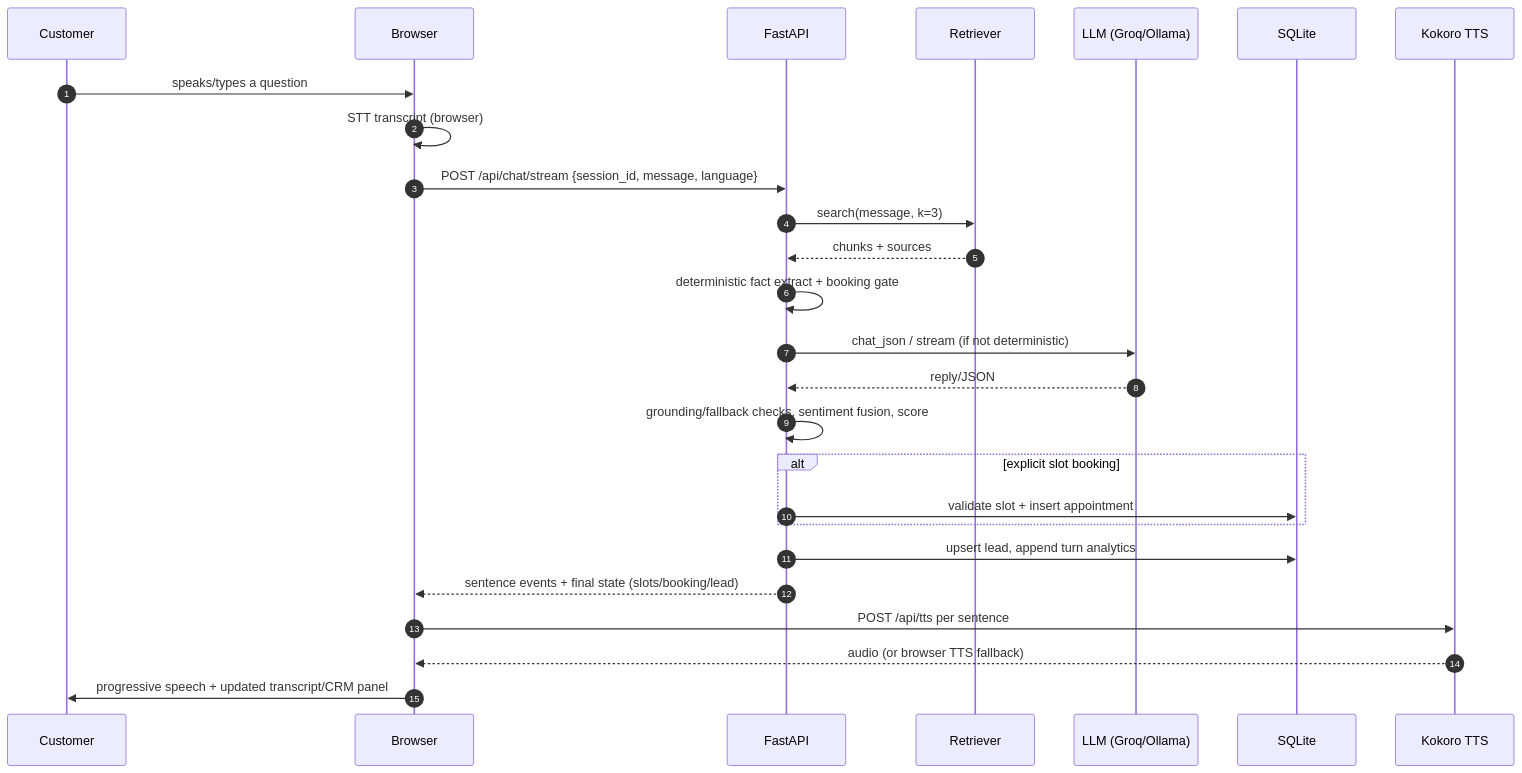
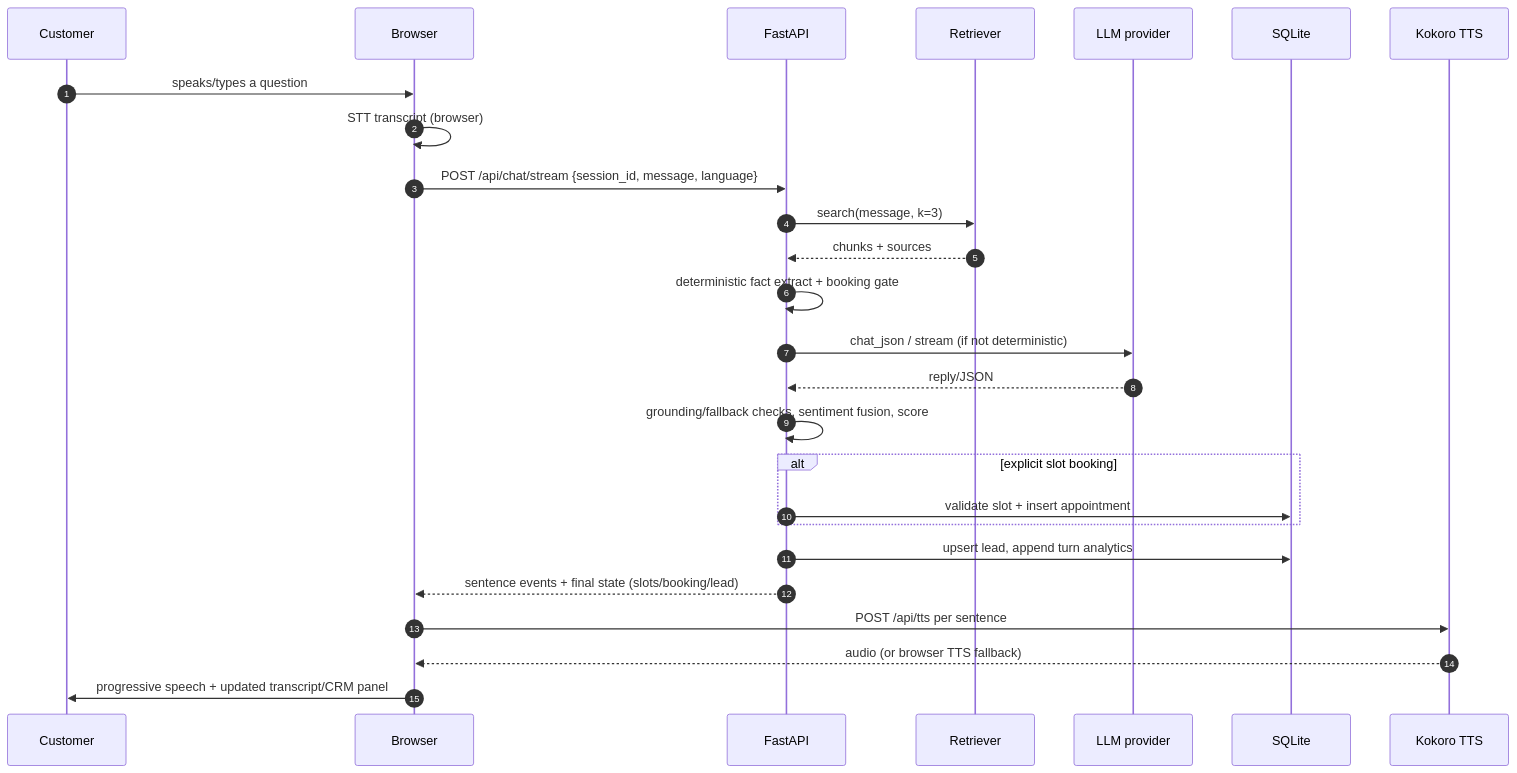
Before and after one commit to KoppisettiGnanaVishnu/Saathi-AI-SALES-VOICE-AGENT: the second of 4 diagrams in docs/architecture.md, drawn with Mermaid. The commit also changed other lines of this file, not shown here.

First line of the commit message:
docs(architecture): fix Mermaid syntax and update chunk count

````diff
--- a/docs/architecture.md
+++ b/docs/architecture.md
@@ -65,29 +65,29 @@
 ```mermaid
 sequenceDiagram
     autonumber
     participant U as Customer
     participant B as Browser
     participant A as FastAPI
     participant R as Retriever
-    participant L as LLM (Groq/Ollama)
+    participant L as LLM provider
     participant D as SQLite
     participant T as Kokoro TTS
 
     U->>B: speaks/types a question
     B->>B: STT transcript (browser)
     B->>A: POST /api/chat/stream {session_id, message, language}
     A->>R: search(message, k=3)
     R-->>A: chunks + sources
     A->>A: deterministic fact extract + booking gate
     A->>L: chat_json / stream (if not deterministic)
     L-->>A: reply/JSON
     A->>A: grounding/fallback checks, sentiment fusion, score
     alt explicit slot booking
         A->>D: validate slot + insert appointment
     end
     A->>D: upsert lead, append turn analytics
     A-->>B: sentence events + final state (slots/booking/lead)
     B->>T: POST /api/tts per sentence
     T-->>B: audio (or browser TTS fallback)
     B->>U: progressive speech + updated transcript/CRM panel
 ```
````
